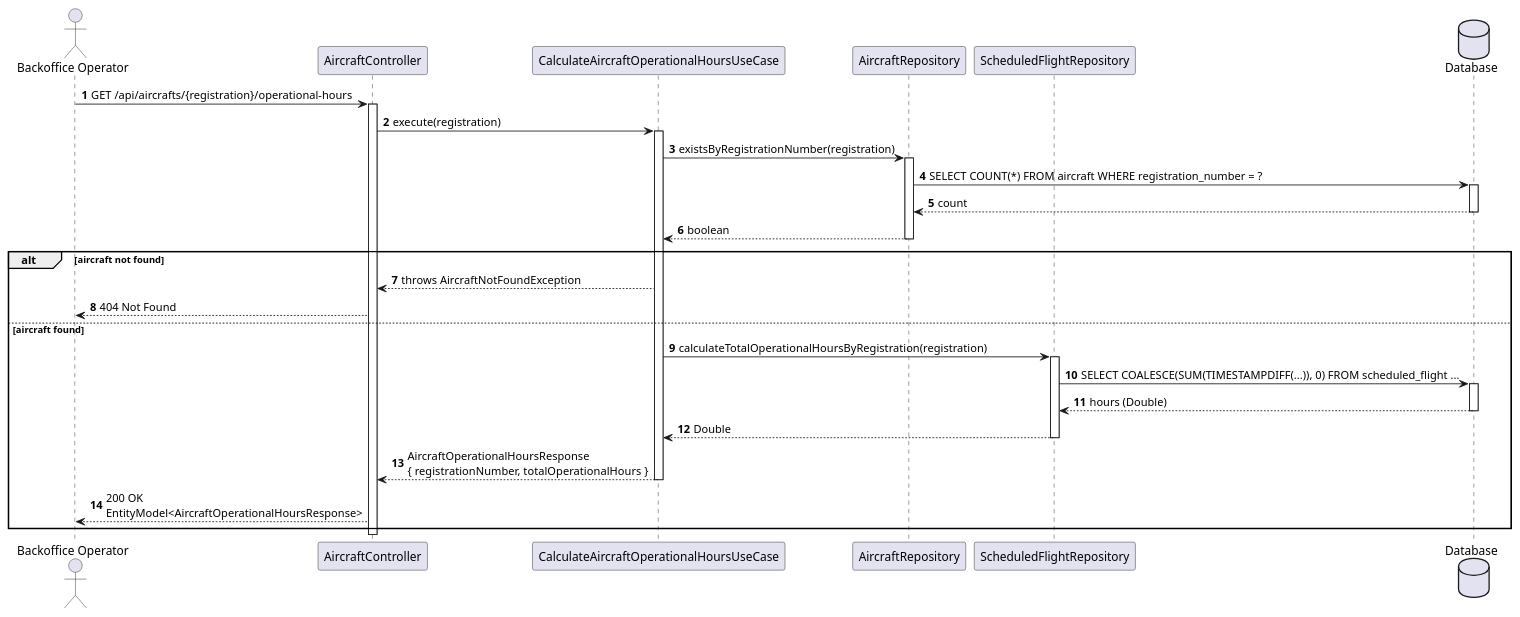
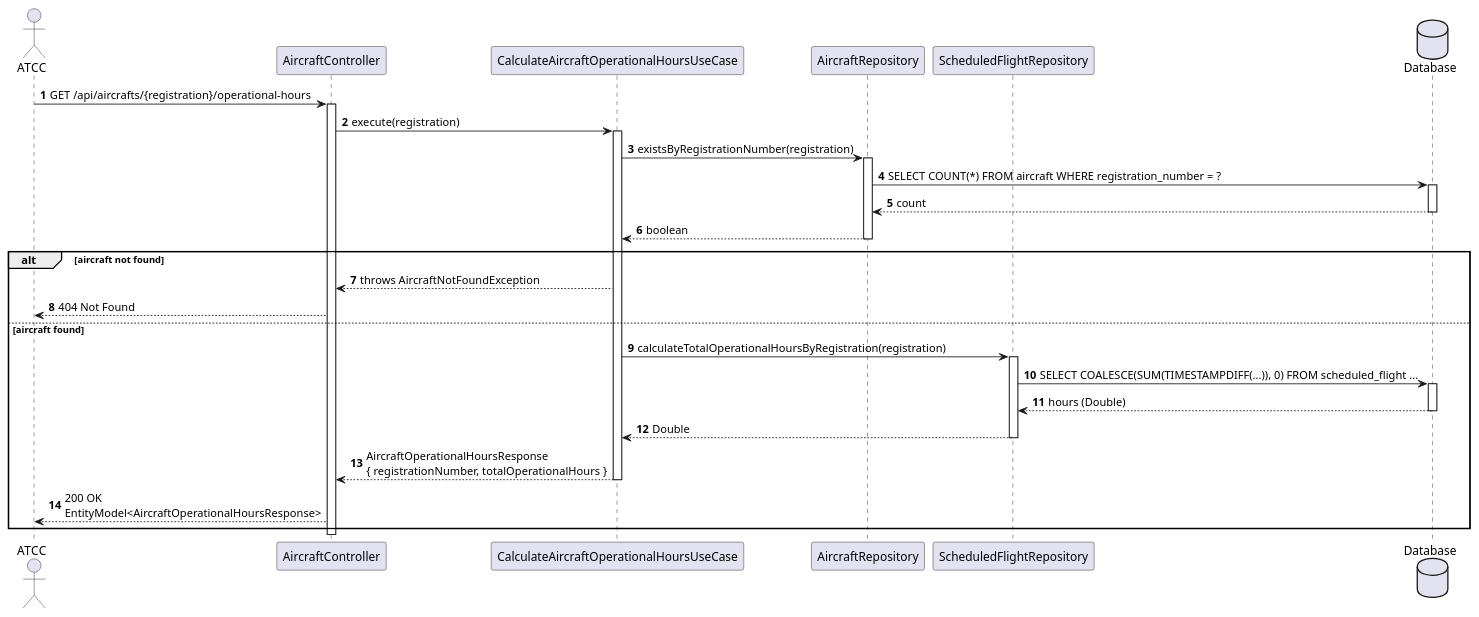
Before and after one commit to VascoMagolo/psoft_1231562_1241692_1242036_2db: the diagram in docs/system-documentation/use-cases/WP1B/US206/puml/sd_us206.puml, drawn with PlantUML. The commit also changed 43 other files, not shown here.

Commit message:
docs: update system documentation and diagrams for WP1B, WP4A and WP4B

```diff
--- a/docs/system-documentation/use-cases/WP1B/US206/puml/sd_us206.puml
+++ b/docs/system-documentation/use-cases/WP1B/US206/puml/sd_us206.puml
@@ -1,44 +1,44 @@
 @startuml
 autonumber
-actor "Backoffice Operator" as BO
+actor "ATCC" as BO
 participant "AircraftController" as Ctrl
 participant "CalculateAircraftOperationalHoursUseCase" as UC
 participant "AircraftRepository" as Repo
 participant "ScheduledFlightRepository" as FlightRepo
 database "Database" as DB
 
 BO -> Ctrl : GET /api/aircrafts/{registration}/operational-hours
 activate Ctrl
 
 Ctrl -> UC : execute(registration)
 activate UC
 
 UC -> Repo : existsByRegistrationNumber(registration)
 activate Repo
 Repo -> DB : SELECT COUNT(*) FROM aircraft WHERE registration_number = ?
 activate DB
 DB --> Repo : count
 deactivate DB
 Repo --> UC : boolean
 deactivate Repo
 
 alt aircraft not found
     UC --> Ctrl : throws AircraftNotFoundException
     Ctrl --> BO : 404 Not Found
 else aircraft found
     UC -> FlightRepo : calculateTotalOperationalHoursByRegistration(registration)
     activate FlightRepo
     FlightRepo -> DB : SELECT COALESCE(SUM(TIMESTAMPDIFF(...)), 0) FROM scheduled_flight ...
     activate DB
     DB --> FlightRepo : hours (Double)
     deactivate DB
     FlightRepo --> UC : Double
     deactivate FlightRepo
 
     UC --> Ctrl : AircraftOperationalHoursResponse\n{ registrationNumber, totalOperationalHours }
     deactivate UC
     Ctrl --> BO : 200 OK\nEntityModel<AircraftOperationalHoursResponse>
 end
 
 deactivate Ctrl
 @enduml
```
